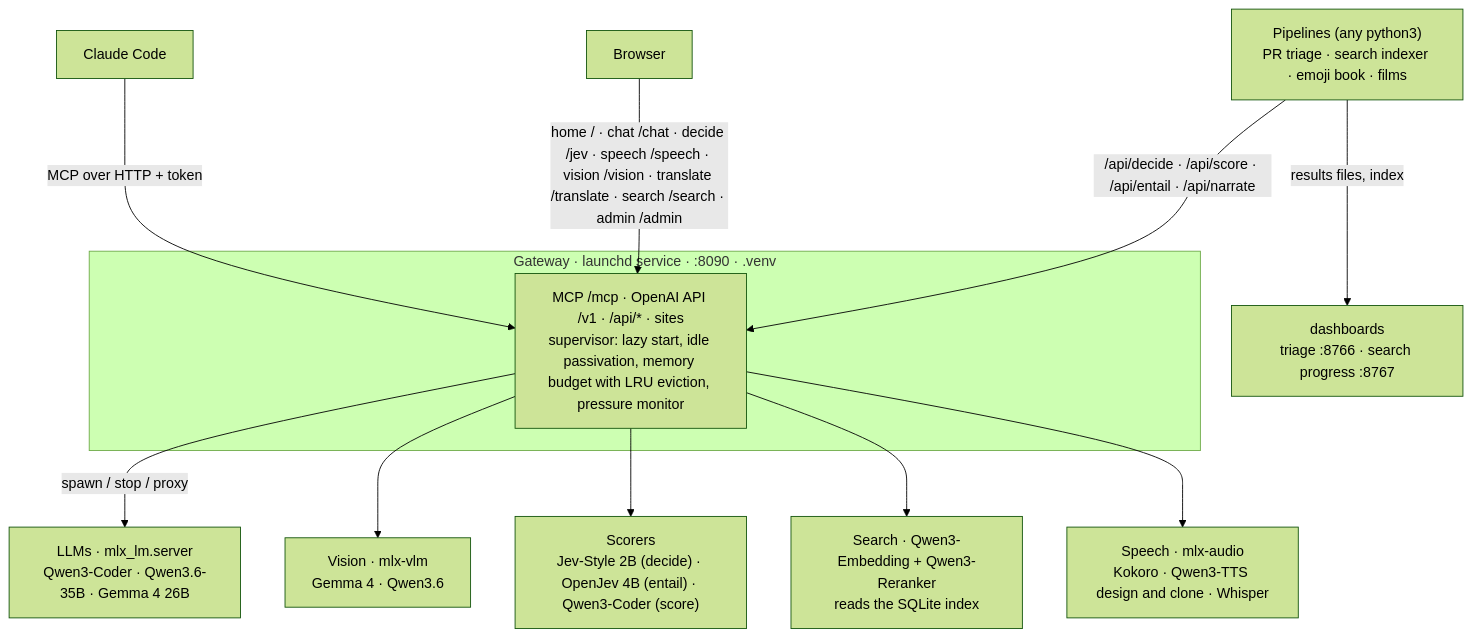
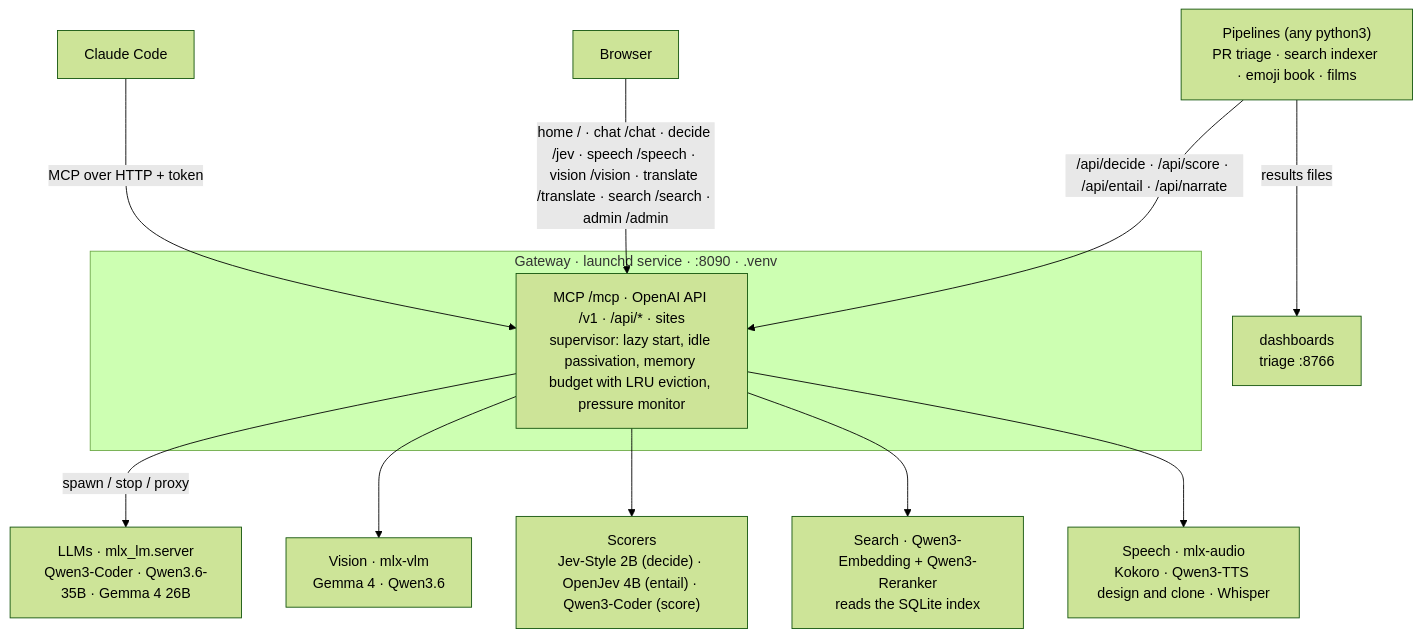
One commit to retronym/mlx-lm-setup changed the diagram in README.md. Above: the diagram before and after it, drawn with Mermaid (forest theme). The commit also changed other lines of this file and 7 other files, not shown here.

Commit message:
Home: index strip on the Search panel (chunks, projects, % embedded, what the indexer is doing); remove the standalone search dashboard (the Index status tab replaces it)

````diff
--- a/README.md
+++ b/README.md
@@ -74,15 +74,15 @@
 ```mermaid
 flowchart TB
   CC["Claude Code"] -- "MCP over HTTP + token" --> GW
   BR["Browser"] -- "home / · chat /chat · decide /jev · speech /speech · vision /vision · translate /translate · search /search · admin /admin" --> GW
   PL["Pipelines (any python3)<br/>PR triage · search indexer · emoji book · films"] -- "/api/decide · /api/score · /api/entail · /api/narrate" --> GW
   subgraph gw ["Gateway · launchd service · :8090 · .venv"]
     GW["MCP /mcp · OpenAI API /v1 · /api/* · sites<br/>supervisor: lazy start, idle passivation, memory budget with LRU eviction, pressure monitor"]
   end
   GW -- "spawn / stop / proxy" --> LLM["LLMs · mlx_lm.server<br/>Qwen3-Coder · Qwen3.6-35B · Gemma 4 26B"]
   GW --> VL["Vision · mlx-vlm<br/>Gemma 4 · Qwen3.6"]
   GW --> SC["Scorers<br/>Jev-Style 2B (decide) · OpenJev 4B (entail) · Qwen3-Coder (score)"]
   GW --> SE["Search · Qwen3-Embedding + Qwen3-Reranker<br/>reads the SQLite index"]
   GW --> SP["Speech · mlx-audio<br/>Kokoro · Qwen3-TTS design and clone · Whisper"]
-  PL -- "results files, index" --> DASH["dashboards<br/>triage :8766 · search progress :8767"]
+  PL -- "results files" --> DASH["dashboards<br/>triage :8766"]
 ```
````
